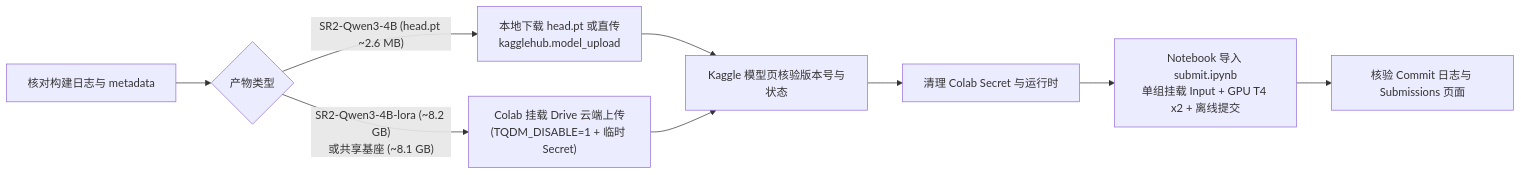
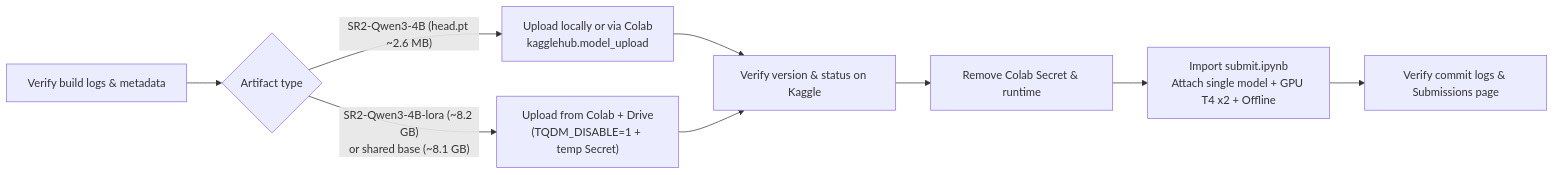
The diagram in docs/kaggle-agent-workflow.md (7evenDeadlySins/llm-classification-finetuning), drawn with Mermaid before and after one commit. The commit also changed other lines of this file and 16 other files, not shown here.

````diff
--- a/docs/kaggle-agent-workflow.md
+++ b/docs/kaggle-agent-workflow.md
@@ -9,11 +9,11 @@
 ```mermaid
 flowchart LR
-    A["核对构建日志与 metadata"] --> B{"产物类型"}
-    B -- "SR2-Qwen3-4B (head.pt ~2.6 MB)" --> C["本地下载 head.pt 或直传<br/>kagglehub.model_upload"]
-    B -- "SR2-Qwen3-4B-lora (~8.2 GB)<br/>或共享基座 (~8.1 GB)" --> D["Colab 挂载 Drive 云端上传<br/>(TQDM_DISABLE=1 + 临时 Secret)"]
-    C --> E["Kaggle 模型页核验版本号与状态"]
+    A["Verify build logs & metadata"] --> B{"Artifact type"}
+    B -- "SR2-Qwen3-4B (head.pt ~2.6 MB)" --> C["Upload locally or via Colab<br/>kagglehub.model_upload"]
+    B -- "SR2-Qwen3-4B-lora (~8.2 GB)<br/>or shared base (~8.1 GB)" --> D["Upload from Colab + Drive<br/>(TQDM_DISABLE=1 + temp Secret)"]
+    C --> E["Verify version & status on Kaggle"]
     D --> E
-    E --> F["清理 Colab Secret 与运行时"]
-    F --> G["Notebook 导入 submit.ipynb<br/>单组挂载 Input + GPU T4 x2 + 离线提交"]
-    G --> H["核验 Commit 日志与 Submissions 页面"]
+    E --> F["Remove Colab Secret & runtime"]
+    F --> G["Import submit.ipynb<br/>Attach single model + GPU T4 x2 + Offline"]
+    G --> H["Verify commit logs & Submissions page"]
 ```
````
